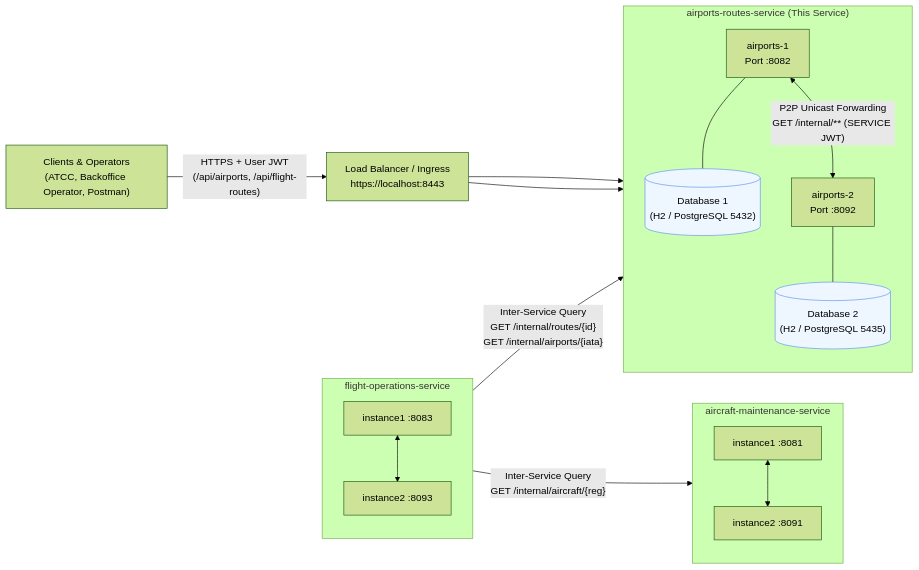
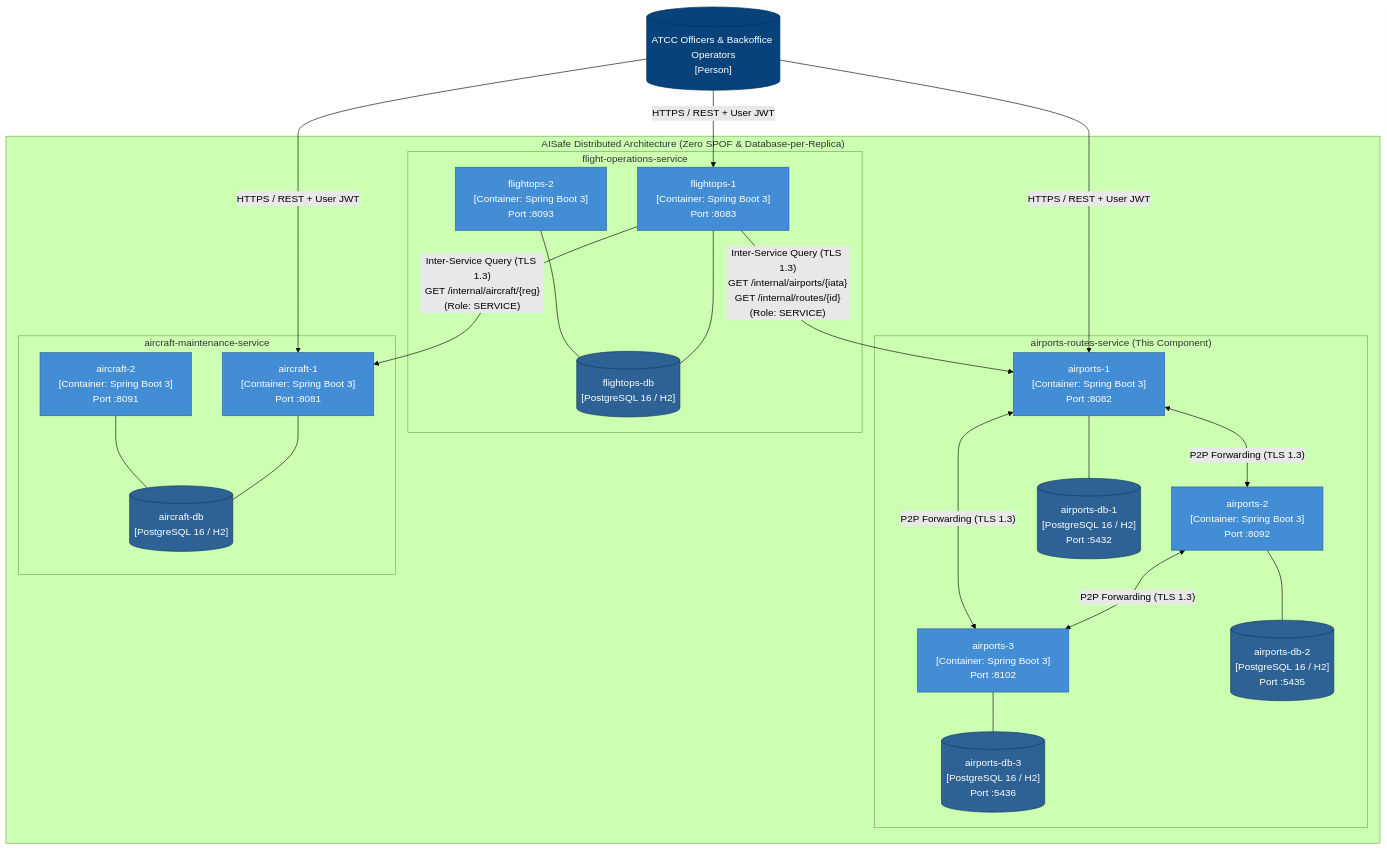
The first of 6 diagrams in docs/architecture.md (ImJay1527/airports-routes-service), drawn with Mermaid (forest theme) before and after one commit. The commit also changed other lines of this file and 5 other files, not shown here.

Commit message:
docs: align architecture, C4+1 model, and service contracts with peer services

````diff
--- a/docs/architecture.md
+++ b/docs/architecture.md
@@ -85,41 +134,49 @@
 ```mermaid
-%% C4 Level 2 Container Diagram
-flowchart LR
-    client["Clients & Operators<br/>(ATCC, Backoffice Operator, Postman)"]
-    lb["Load Balancer / Ingress<br/>https://localhost:8443"]
+%% C4 Level 2 - Container Diagram
+flowchart TB
+    classDef person fill:#08427b,stroke:#052e56,color:#fff;
+    classDef container fill:#438dd5,stroke:#2e6295,color:#fff;
+    classDef db fill:#2e6295,stroke:#11365c,color:#fff,shape:cylinder;
 
-    subgraph AR["airports-routes-service (This Service)"]
-        direction TB
-        ar1["airports-1<br/>Port :8082"]
-        ar2["airports-2<br/>Port :8092"]
-        db1[("Database 1<br/>(H2 / PostgreSQL 5432)")]
-        db2[("Database 2<br/>(H2 / PostgreSQL 5435)")]
-        ar1 --- db1
-        ar2 --- db2
-        ar1 <-->|"P2P Unicast Forwarding<br/>GET /internal/** (SERVICE JWT)"| ar2
+    Users[("ATCC Officers & Backoffice Operators<br/>[Person]")]:::person
+
+    subgraph AISafe["AISafe Distributed Architecture (Zero SPOF & Database-per-Replica)"]
+        subgraph AR_Cluster["airports-routes-service (This Component)"]
+            ar1["airports-1<br/>[Container: Spring Boot 3]<br/>Port :8082"]:::container
+            ar2["airports-2<br/>[Container: Spring Boot 3]<br/>Port :8092"]:::container
+            ar3["airports-3<br/>[Container: Spring Boot 3]<br/>Port :8102"]:::container
+            db_ar1[("airports-db-1<br/>[PostgreSQL 16 / H2]<br/>Port :5432")]:::db
+            db_ar2[("airports-db-2<br/>[PostgreSQL 16 / H2]<br/>Port :5435")]:::db
+            db_ar3[("airports-db-3<br/>[PostgreSQL 16 / H2]<br/>Port :5436")]:::db
+            ar1 --- db_ar1
+            ar2 --- db_ar2
+            ar3 --- db_ar3
+            ar1 <-->|"P2P Forwarding (TLS 1.3)"| ar2
+            ar2 <-->|"P2P Forwarding (TLS 1.3)"| ar3
+            ar1 <-->|"P2P Forwarding (TLS 1.3)"| ar3
+        end
+
+        subgraph FO_Cluster["flight-operations-service"]
+            fo1["flightops-1<br/>[Container: Spring Boot 3]<br/>Port :8083"]:::container
+            fo2["flightops-2<br/>[Container: Spring Boot 3]<br/>Port :8093"]:::container
+            db_fo[("flightops-db<br/>[PostgreSQL 16 / H2]")]:::db
+            fo1 --- db_fo
+            fo2 --- db_fo
+        end
+
+        subgraph AM_Cluster["aircraft-maintenance-service"]
+            am1["aircraft-1<br/>[Container: Spring Boot 3]<br/>Port :8081"]:::container
+            am2["aircraft-2<br/>[Container: Spring Boot 3]<br/>Port :8091"]:::container
+            db_am[("aircraft-db<br/>[PostgreSQL 16 / H2]")]:::db
+            am1 --- db_am
+            am2 --- db_am
+        end
     end
 
-    subgraph FO["flight-operations-service"]
-        direction TB
-        fo1["instance1 :8083"]
-        fo2["instance2 :8093"]
-        fo1 <--> fo2
-    end
+    Users -->|"HTTPS / REST + User JWT"| ar1
+    Users -->|"HTTPS / REST + User JWT"| fo1
+    Users -->|"HTTPS / REST + User JWT"| am1
 
-    subgraph AM["aircraft-maintenance-service"]
-        direction TB
-        am1["instance1 :8081"]
-        am2["instance2 :8091"]
-        am1 <--> am2
-    end
-
-    client -->|"HTTPS + User JWT<br/>(/api/airports, /api/flight-routes)"| lb
-    lb --> ar1
-    lb --> ar2
-
-    FO -->|"Inter-Service Query<br/>GET /internal/routes/{id}<br/>GET /internal/airports/{iata}"| AR
-    FO -->|"Inter-Service Query<br/>GET /internal/aircraft/{reg}"| AM
-
-    classDef db fill:#eef6ff,stroke:#5b8def
-    class db1,db2 db
+    fo1 -->|"Inter-Service Query (TLS 1.3)<br/>GET /internal/airports/{iata}<br/>GET /internal/routes/{id}<br/>(Role: SERVICE)"| ar1
+    fo1 -->|"Inter-Service Query (TLS 1.3)<br/>GET /internal/aircraft/{reg}<br/>(Role: SERVICE)"| am1
 ```
````
